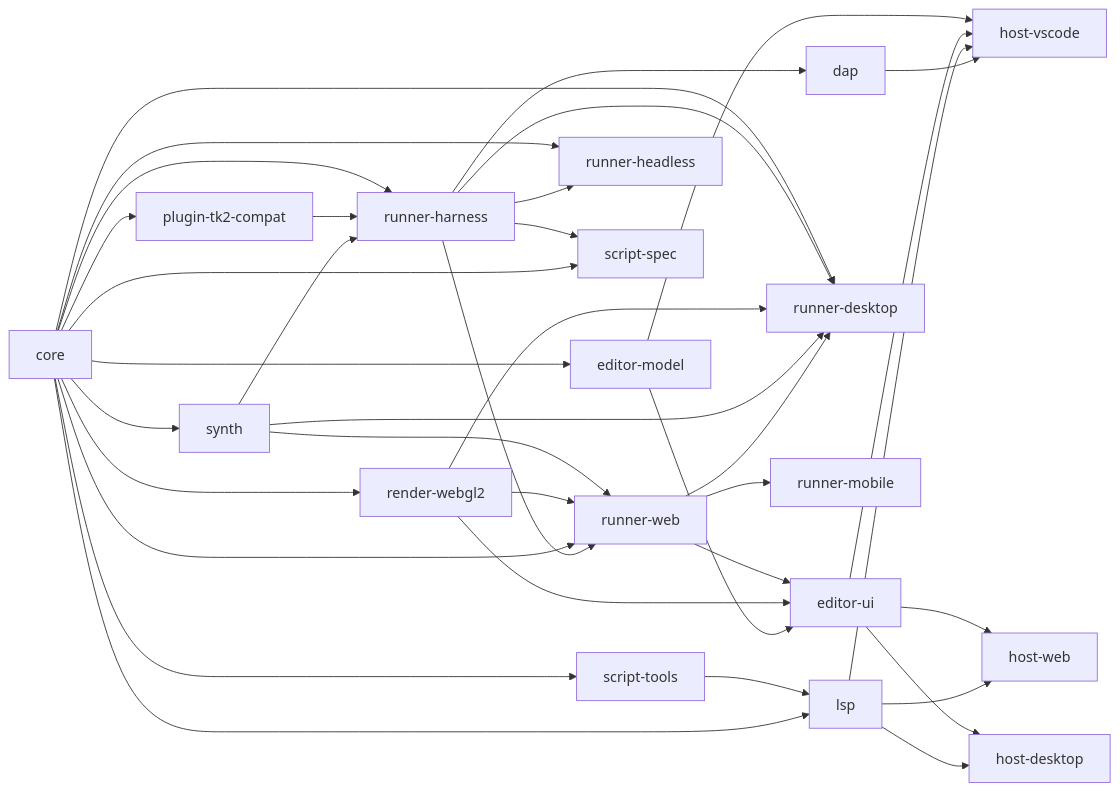
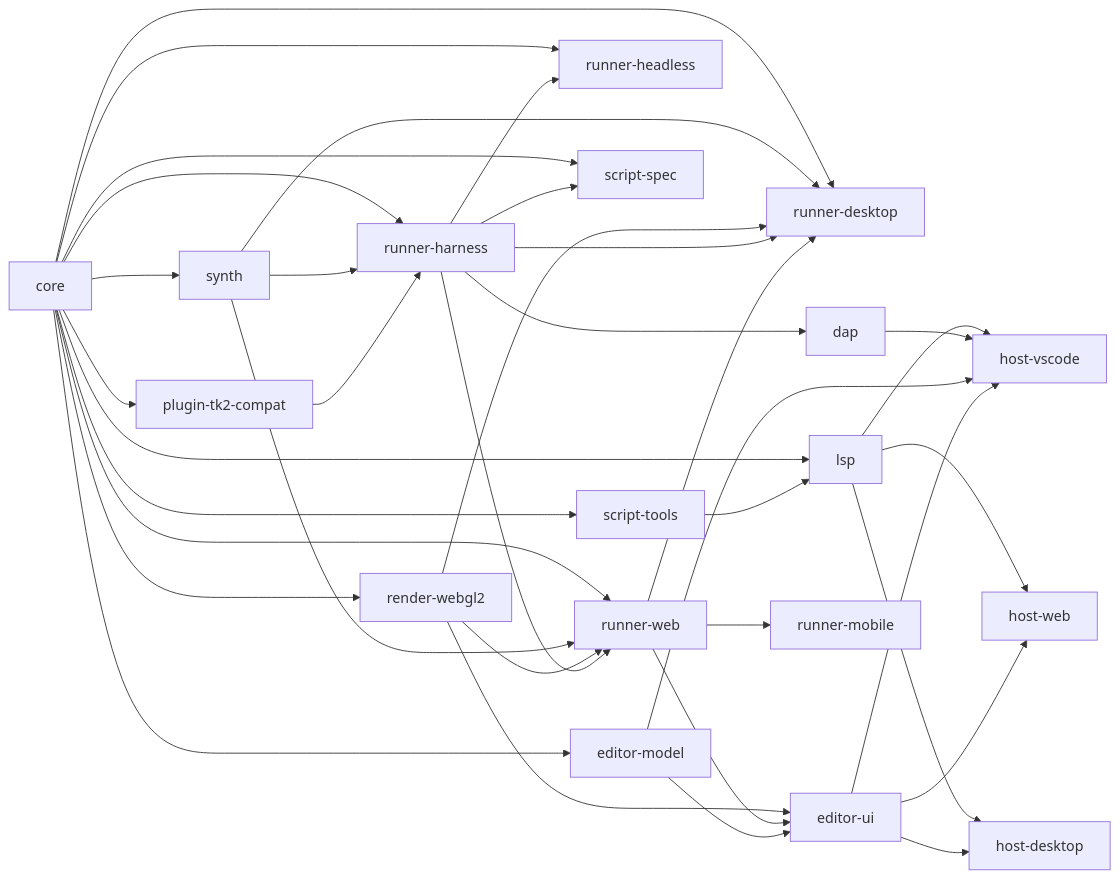
One commit to tk-reawakened/rpgtoolkit-reawakened changed the first of 3 diagrams in _bmad-output/initiative-rpgtoolkit-reawakened/architecture-rpgtoolkit-reawakened/architecture-rpgtoolkit-reawakened.md. Above: the diagram before and after it, drawn with Mermaid. The commit also changed 2 other files, not shown here.

Commit message:
chore(9.11): keep the desktop CI job out of this PR
This account's token cannot push a workflow change, so the job that measures the
desktop runner on macOS, Linux and Windows travels as a patch for the owner to
apply instead. The entry's code, its measurement script and the macOS record are
unchanged.

````diff
--- a/_bmad-output/initiative-rpgtoolkit-reawakened/architecture-rpgtoolkit-reawakened/architecture-rpgtoolkit-reawakened.md
+++ b/_bmad-output/initiative-rpgtoolkit-reawakened/architecture-rpgtoolkit-reawakened/architecture-rpgtoolkit-reawakened.md
@@ -41,39 +41,39 @@
 ```mermaid
 graph LR
+  core --> scripttools[script-tools]
   core --> synth
   core --> renderwebgl2[render-webgl2]
   core --> runnerharness[runner-harness]
+  core --> runnerheadless[runner-headless]
+  core --> runnerweb[runner-web]
+  core --> runnerdesktop[runner-desktop]
+  core --> lsp
+  core --> scriptspec[script-spec]
+  core --> editormodel[editor-model]
   core --> plugintk2compat[plugin-tk2-compat]
-  scripttools[script-tools] --> lsp
-  plugintk2compat --> runnerharness
-  core --> lsp
-  core --> editormodel[editor-model]
+  scripttools --> lsp
   synth --> runnerharness
-  synth --> runnerweb[runner-web]
+  synth --> runnerweb
+  synth --> runnerdesktop
   renderwebgl2 --> runnerweb
-  core --> runnerheadless[runner-headless]
-  core --> runnerweb
+  renderwebgl2 --> runnerdesktop
+  renderwebgl2 --> editorui[editor-ui]
+  runnerharness --> runnerheadless
   runnerharness --> runnerweb
-  runnerharness --> runnerheadless
+  runnerharness --> runnerdesktop
+  runnerharness --> scriptspec
   runnerharness --> dap
-  core --> runnerdesktop[runner-desktop]
-  runnerharness --> runnerdesktop
-  renderwebgl2 --> runnerdesktop
-  synth --> runnerdesktop
   runnerweb --> runnerdesktop
   runnerweb --> runnermobile[runner-mobile]
-  runnerweb --> editorui[editor-ui]
-  renderwebgl2 --> editorui
+  runnerweb --> editorui
+  lsp --> hostvscode[host-vscode]
+  lsp --> hostweb[host-web]
+  lsp --> hostdesktop[host-desktop]
+  dap --> hostvscode
   editormodel --> editorui
-  editormodel --> hostvscode[host-vscode]
+  editormodel --> hostvscode
   editorui --> hostvscode
-  editorui --> hostweb[host-web]
-  editorui --> hostdesktop[host-desktop]
-  lsp --> hostvscode
-  lsp --> hostweb
-  lsp --> hostdesktop
-  dap --> hostvscode
-  runnerharness --> scriptspec[script-spec]
-  core --> scripttools
-  core --> scriptspec
+  editorui --> hostweb
+  editorui --> hostdesktop
+  plugintk2compat --> runnerharness
 ```
````
